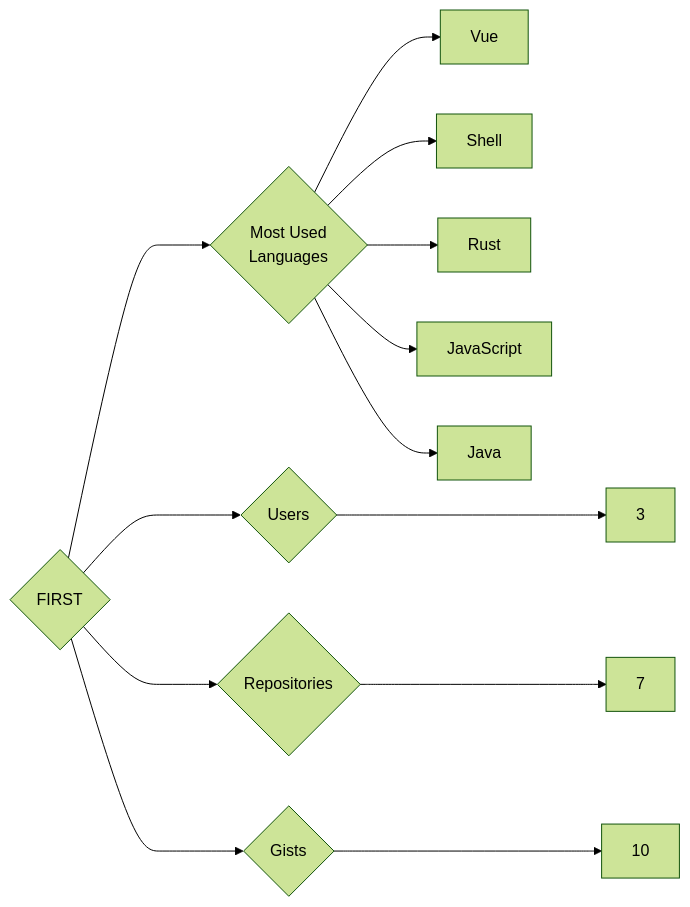
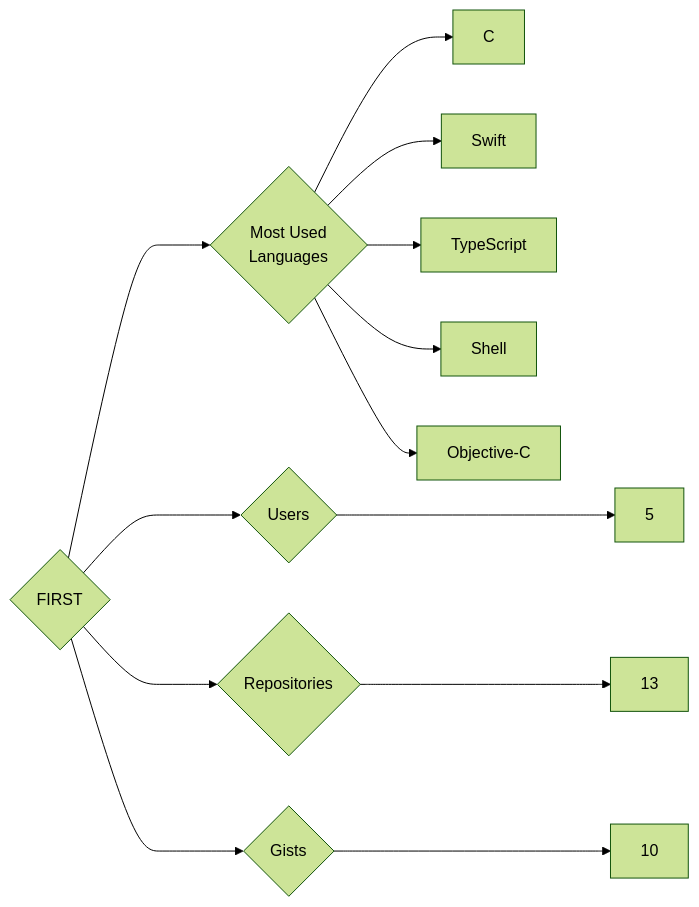
One commit to trickest/insiders changed the diagram in targets/FIRST/README.md. Above: the diagram before and after it, drawn with Mermaid (forest theme). The commit also changed 993 other files, not shown here.

````diff
--- a/targets/FIRST/README.md
+++ b/targets/FIRST/README.md
@@ -3,13 +3,13 @@
 ```mermaid
 graph LR
 COMPANY_NAME{FIRST}
-COMPANY_NAME ---> U{Users} ---> UN[3]
-COMPANY_NAME ---> R{Repositories} ---> RN[7]
+COMPANY_NAME ---> U{Users} ---> UN[5]
+COMPANY_NAME ---> R{Repositories} ---> RN[13]
 COMPANY_NAME ---> G{Gists} ---> GN[10]
 COMPANY_NAME ---> ML{Most Used<br>Languages}
-ML --> Vue[Vue]
+ML --> C[C]
+ML --> Swift[Swift]
+ML --> TypeScript[TypeScript]
 ML --> Shell[Shell]
-ML --> Rust[Rust]
-ML --> JavaScript[JavaScript]
-ML --> Java[Java]
+ML --> Objective-C[Objective-C]
 ```
````
